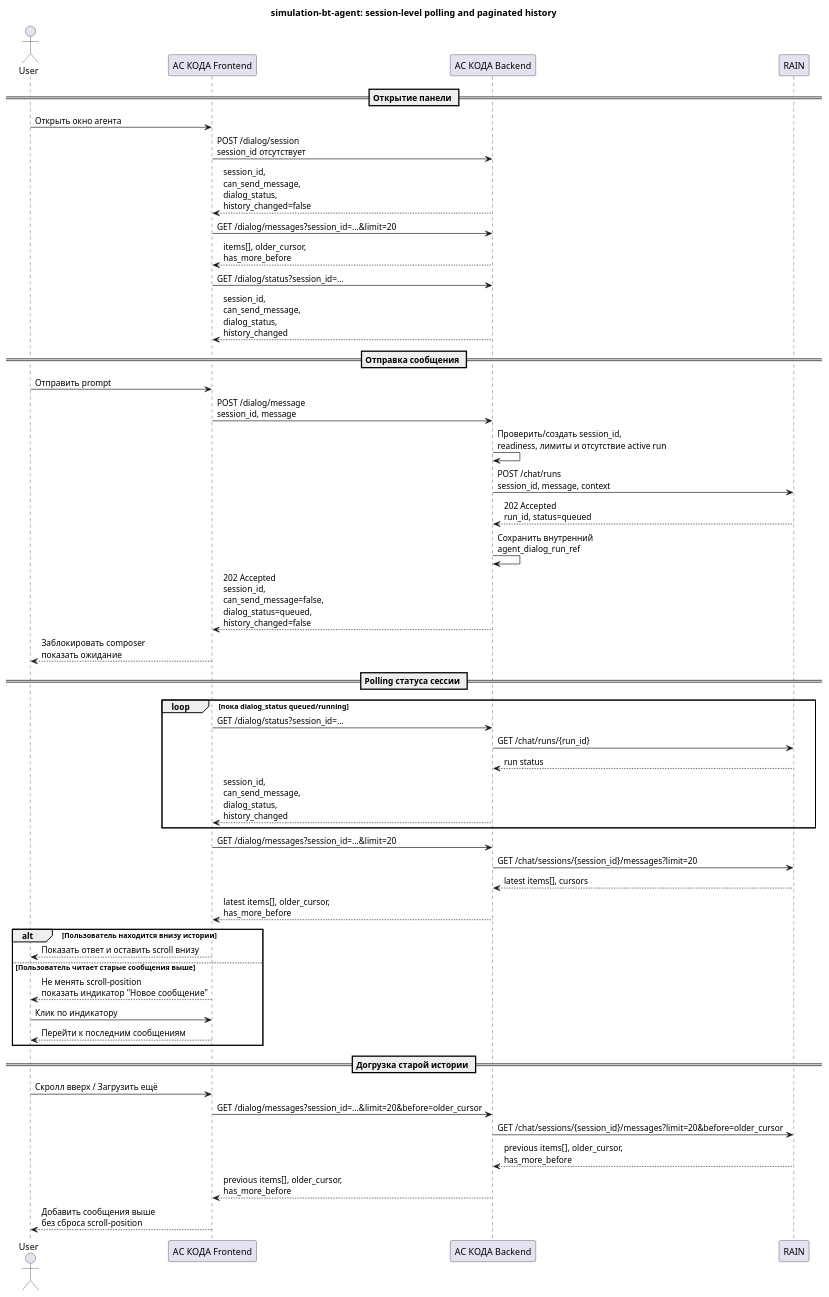
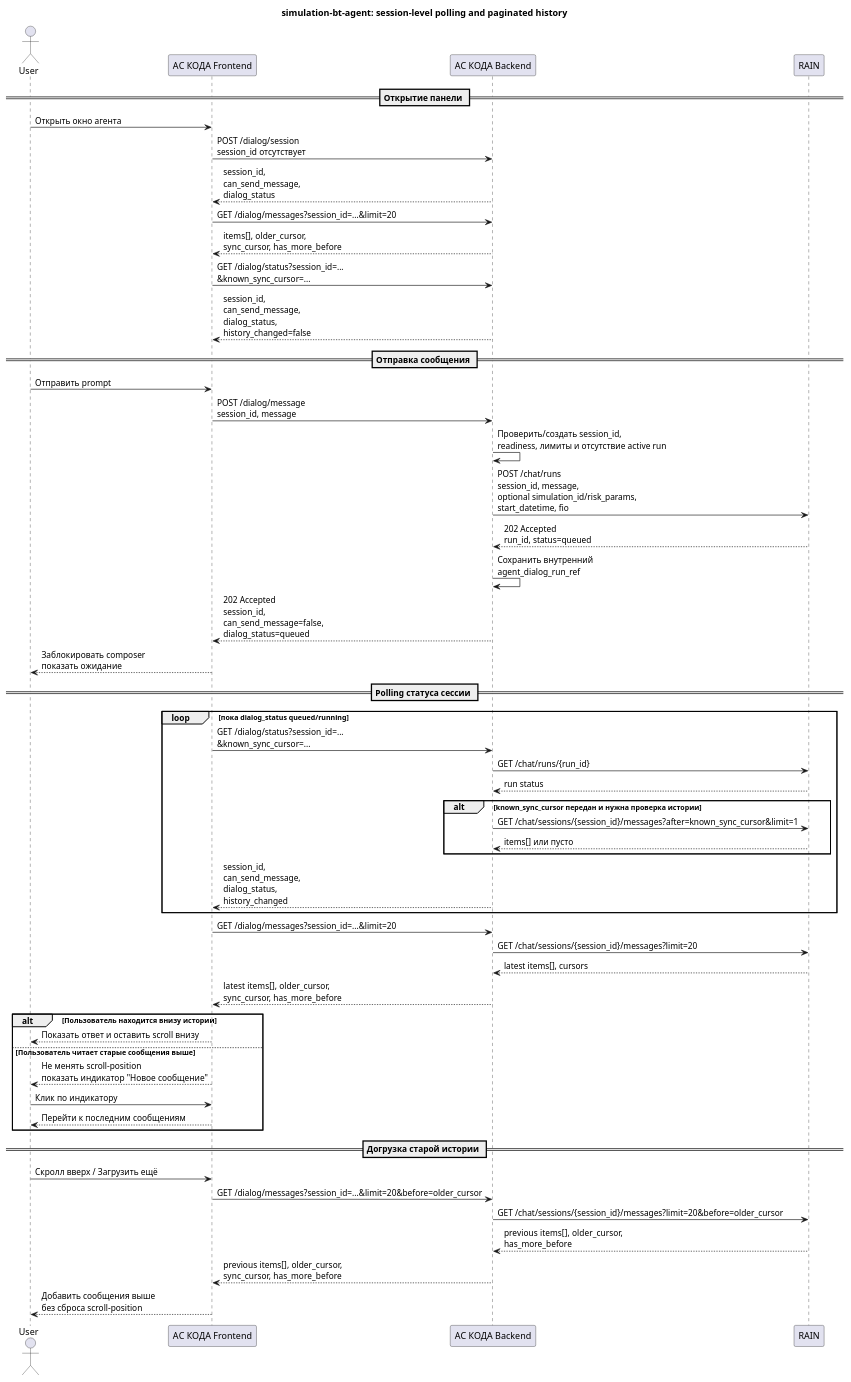
Before and after one commit to shuhart75/changeswork-copy: the diagram in features/simulation-bt-agent/requirements.md, drawn with PlantUML. The commit also changed other lines of this file and 87 other files, not shown here.

````diff
--- a/features/simulation-bt-agent/requirements.md
+++ b/features/simulation-bt-agent/requirements.md
@@ -193,57 +196,61 @@
 ```plantuml
 @startuml
 title simulation-bt-agent: session-level polling and paginated history
 
 actor User as U
 participant "АС КОДА Frontend" as FE
 participant "АС КОДА Backend" as BE
 participant "RAIN" as RAIN
 
 == Открытие панели ==
 U -> FE: Открыть окно агента
 FE -> BE: POST /dialog/session\nsession_id отсутствует
+BE --> FE: session_id,\ncan_send_message,\ndialog_status
+FE -> BE: GET /dialog/messages?session_id=...&limit=20
+BE --> FE: items[], older_cursor,\nsync_cursor, has_more_before
+FE -> BE: GET /dialog/status?session_id=...\n&known_sync_cursor=...
 BE --> FE: session_id,\ncan_send_message,\ndialog_status,\nhistory_changed=false
-FE -> BE: GET /dialog/messages?session_id=...&limit=20
-BE --> FE: items[], older_cursor,\nhas_more_before
-FE -> BE: GET /dialog/status?session_id=...
-BE --> FE: session_id,\ncan_send_message,\ndialog_status,\nhistory_changed
 
 == Отправка сообщения ==
 U -> FE: Отправить prompt
 FE -> BE: POST /dialog/message\nsession_id, message
 BE -> BE: Проверить/создать session_id,\nreadiness, лимиты и отсутствие active run
-BE -> RAIN: POST /chat/runs\nsession_id, message, context
+BE -> RAIN: POST /chat/runs\nsession_id, message,\noptional simulation_id/risk_params,\nstart_datetime, fio
 RAIN --> BE: 202 Accepted\nrun_id, status=queued
 BE -> BE: Сохранить внутренний\nagent_dialog_run_ref
-BE --> FE: 202 Accepted\nsession_id,\ncan_send_message=false,\ndialog_status=queued,\nhistory_changed=false
+BE --> FE: 202 Accepted\nsession_id,\ncan_send_message=false,\ndialog_status=queued
 FE --> U: Заблокировать composer\nпоказать ожидание
 
 == Polling статуса сессии ==
 loop пока dialog_status queued/running
-  FE -> BE: GET /dialog/status?session_id=...
+  FE -> BE: GET /dialog/status?session_id=...\n&known_sync_cursor=...
   BE -> RAIN: GET /chat/runs/{run_id}
   RAIN --> BE: run status
+  alt known_sync_cursor передан и нужна проверка истории
+    BE -> RAIN: GET /chat/sessions/{session_id}/messages?after=known_sync_cursor&limit=1
+    RAIN --> BE: items[] или пусто
+  end
   BE --> FE: session_id,\ncan_send_message,\ndialog_status,\nhistory_changed
 end
 
 FE -> BE: GET /dialog/messages?session_id=...&limit=20
 BE -> RAIN: GET /chat/sessions/{session_id}/messages?limit=20
 RAIN --> BE: latest items[], cursors
-BE --> FE: latest items[], older_cursor,\nhas_more_before
+BE --> FE: latest items[], older_cursor,\nsync_cursor, has_more_before
 alt Пользователь находится внизу истории
   FE --> U: Показать ответ и оставить scroll внизу
 else Пользователь читает старые сообщения выше
   FE --> U: Не менять scroll-position\nпоказать индикатор "Новое сообщение"
   U -> FE: Клик по индикатору
   FE --> U: Перейти к последним сообщениям
 end
 
 == Догрузка старой истории ==
 U -> FE: Скролл вверх / Загрузить ещё
 FE -> BE: GET /dialog/messages?session_id=...&limit=20&before=older_cursor
 BE -> RAIN: GET /chat/sessions/{session_id}/messages?limit=20&before=older_cursor
 RAIN --> BE: previous items[], older_cursor,\nhas_more_before
-BE --> FE: previous items[], older_cursor,\nhas_more_before
+BE --> FE: previous items[], older_cursor,\nsync_cursor, has_more_before
 FE --> U: Добавить сообщения выше\nбез сброса scroll-position
 @enduml
 ```
````
